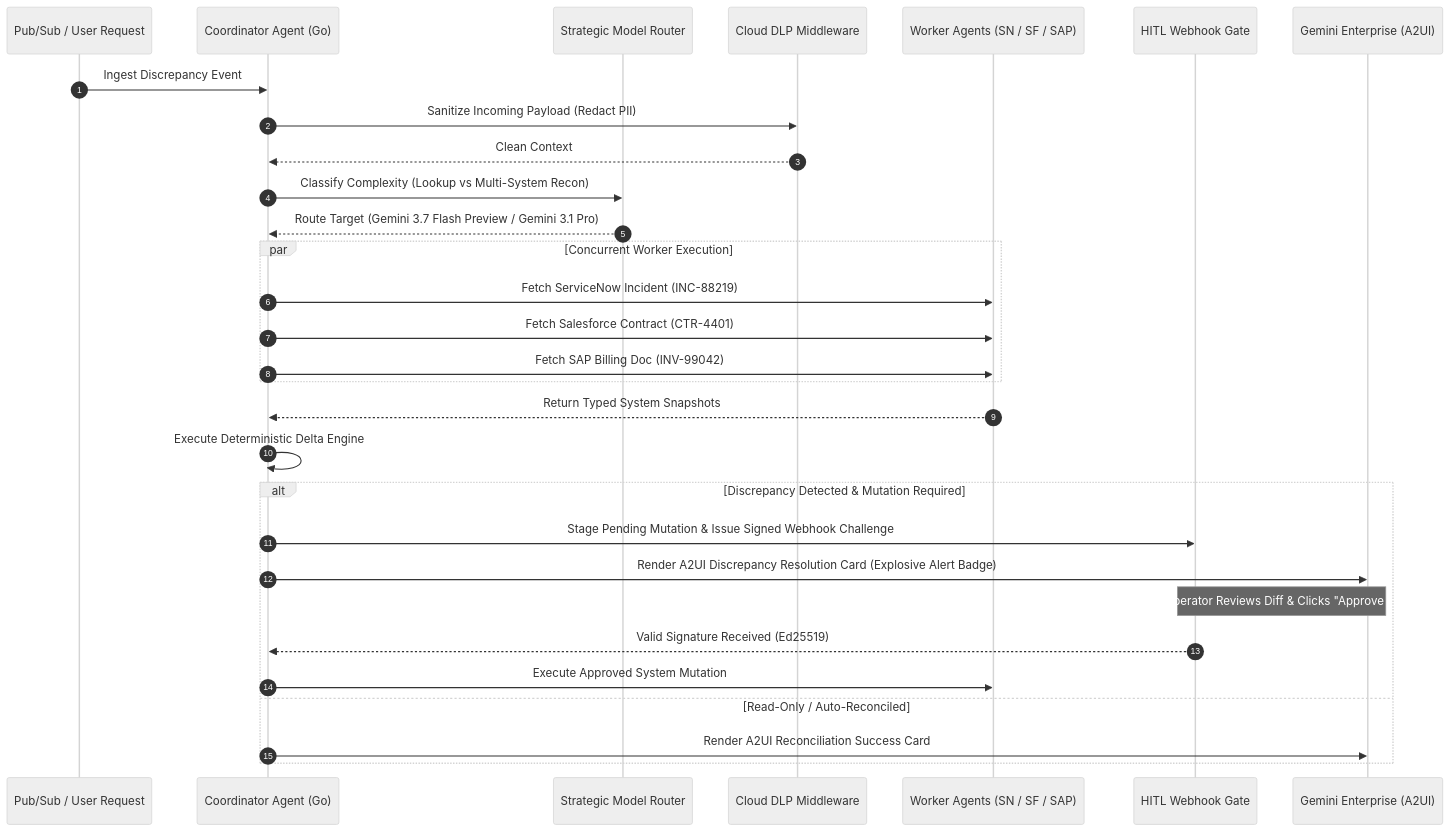
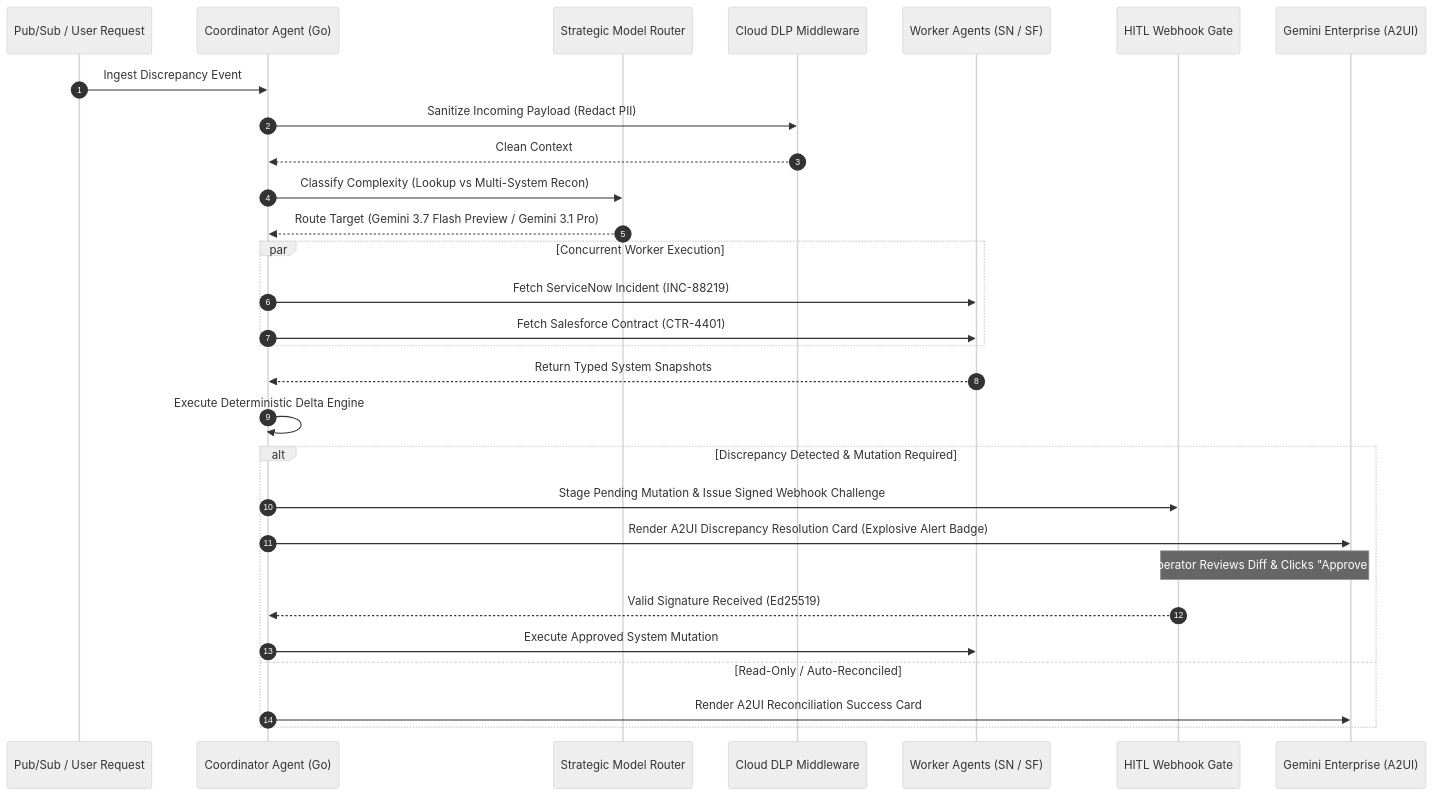
One commit to tiaaburton/Data-Recon-Agent changed the second of 2 diagrams in docs/architecture.md. Above: the diagram before and after it, drawn with Mermaid (neutral theme). The commit also changed other lines of this file and 15 other files, not shown here.

Commit message:
refactor(docs): eliminate SAP and standardize exclusively on 2-way Salesforce-ServiceNow reconciliation across entire architecture

````diff
--- a/docs/architecture.md
+++ b/docs/architecture.md
@@ -146,35 +141,34 @@
 ```mermaid
 sequenceDiagram
     autonumber
     participant Event as Pub/Sub / User Request
     participant Coord as Coordinator Agent (Go)
     participant Router as Strategic Model Router
     participant DLP as Cloud DLP Middleware
-    participant Workers as Worker Agents (SN / SF / SAP)
+    participant Workers as Worker Agents (SN / SF)
     participant HITL as HITL Webhook Gate
     participant UI as Gemini Enterprise (A2UI)
 
     Event->>Coord: Ingest Discrepancy Event
     Coord->>DLP: Sanitize Incoming Payload (Redact PII)
     DLP-->>Coord: Clean Context
     Coord->>Router: Classify Complexity (Lookup vs Multi-System Recon)
     Router-->>Coord: Route Target (Gemini 3.7 Flash Preview / Gemini 3.1 Pro)
     
     par Concurrent Worker Execution
         Coord->>Workers: Fetch ServiceNow Incident (INC-88219)
         Coord->>Workers: Fetch Salesforce Contract (CTR-4401)
-        Coord->>Workers: Fetch SAP Billing Doc (INV-99042)
     end
     Workers-->>Coord: Return Typed System Snapshots
     
     Coord->>Coord: Execute Deterministic Delta Engine
     alt Discrepancy Detected & Mutation Required
         Coord->>HITL: Stage Pending Mutation & Issue Signed Webhook Challenge
         Coord->>UI: Render A2UI Discrepancy Resolution Card (Explosive Alert Badge)
         Note over UI,HITL: Human Operator Reviews Diff & Clicks "Approve Mutation"
         HITL-->>Coord: Valid Signature Received (Ed25519)
         Coord->>Workers: Execute Approved System Mutation
     else Read-Only / Auto-Reconciled
         Coord->>UI: Render A2UI Reconciliation Success Card
     end
 ```
````
